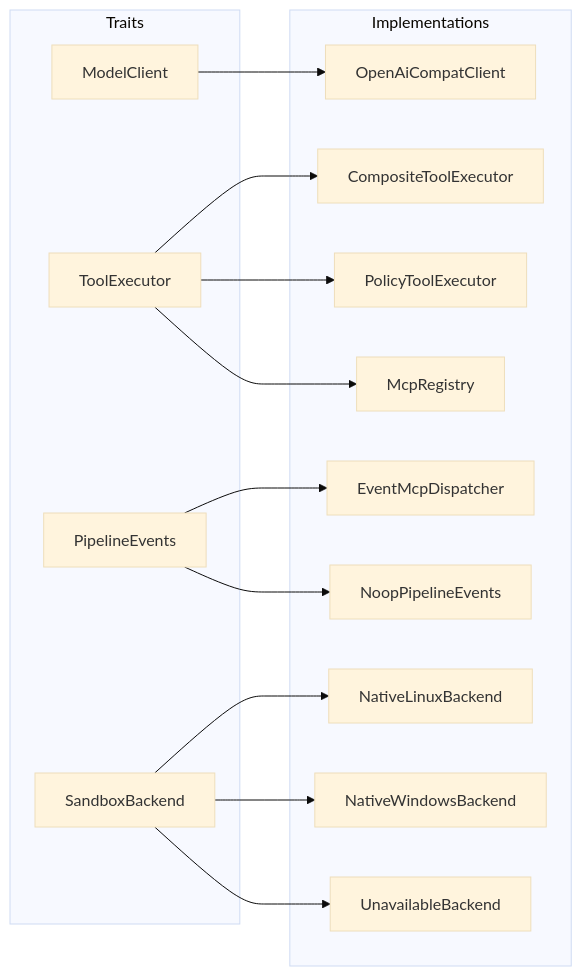
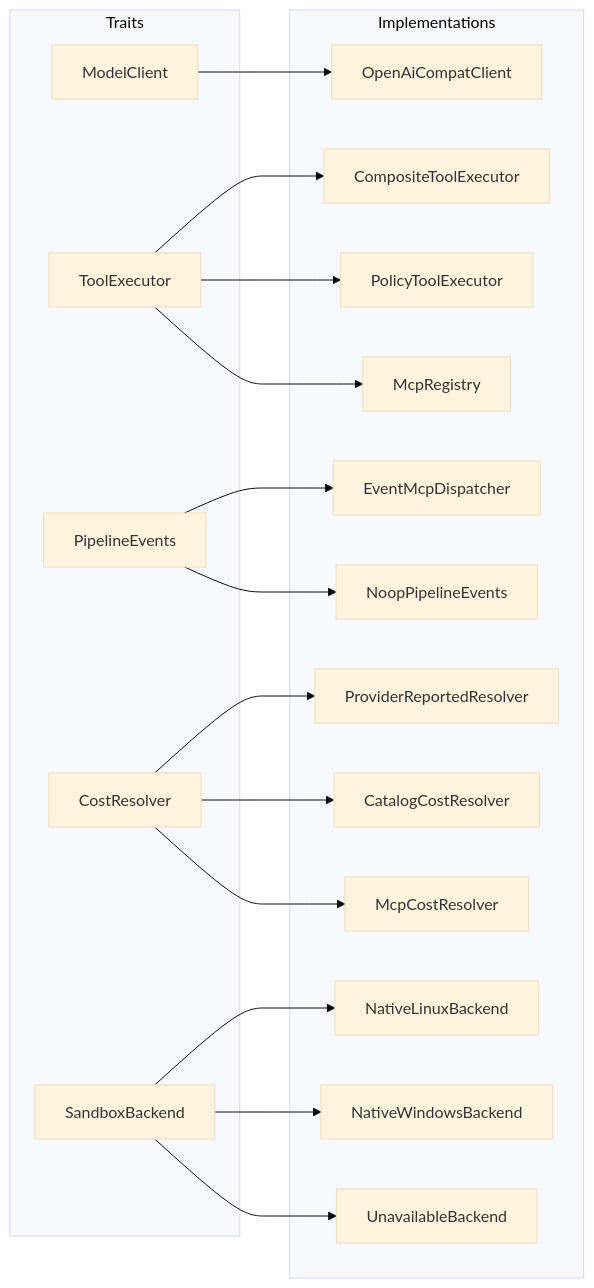
One commit to gazalievtimur/Agent-Kuibysheff changed the third of 4 diagrams in docs/ARCHITECTURE.md. Above: the diagram before and after it, drawn with Mermaid (base theme). The commit also changed other lines of this file and 29 other files, not shown here.

First line of the commit message:
Add exact provider cost accounting

````diff
--- a/docs/ARCHITECTURE.md
+++ b/docs/ARCHITECTURE.md
@@ -169,31 +171,38 @@
 ```mermaid
 flowchart LR
     subgraph traits [Traits]
         MC[ModelClient]
         TE[ToolExecutor]
         PI[PipelineEvents]
+        CR[CostResolver]
         SB[SandboxBackend]
     end
 
     subgraph impls [Implementations]
         OC[OpenAiCompatClient]
         CE[CompositeToolExecutor]
         PE[PolicyToolExecutor]
         MR[McpRegistry]
         EM[EventMcpDispatcher]
         NE[NoopPipelineEvents]
+        PR[ProviderReportedResolver]
+        PC[CatalogCostResolver]
+        PM[McpCostResolver]
         NL[NativeLinuxBackend]
         NW[NativeWindowsBackend]
         UB[UnavailableBackend]
     end
 
     MC --> OC
     TE --> CE
     TE --> PE
     TE --> MR
     PI --> EM
     PI --> NE
+    CR --> PR
+    CR --> PC
+    CR --> PM
     SB --> NL
     SB --> NW
     SB --> UB
 ```
````
